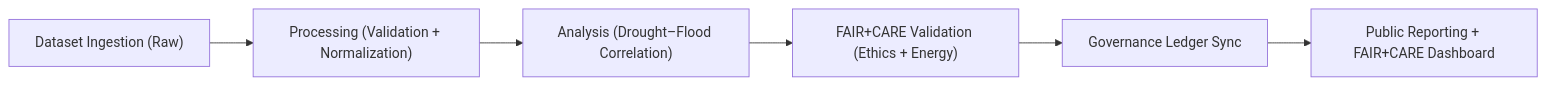
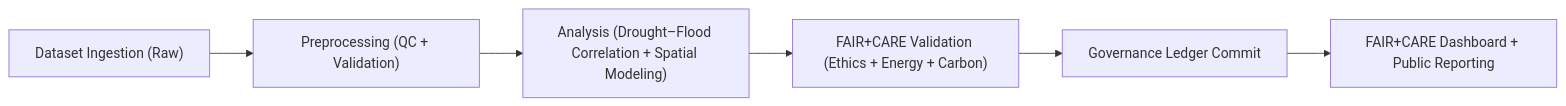
The second of 2 diagrams in docs/analyses/hydrology/README.md (bartytime4life/Kansas-Frontier-Matrix), drawn with Mermaid before and after one commit. The commit also changed other lines of this file, not shown here.

````diff
--- a/docs/analyses/hydrology/README.md
+++ b/docs/analyses/hydrology/README.md
@@ -161,8 +154,8 @@
 ```mermaid
 flowchart LR
-A["Dataset Ingestion (Raw)"] --> B["Processing (Validation + Normalization)"]
-B --> C["Analysis (Drought–Flood Correlation)"]
-C --> D["FAIR+CARE Validation (Ethics + Energy)"]
-D --> E["Governance Ledger Sync"]
-E --> F["Public Reporting + FAIR+CARE Dashboard"]
+  A["Dataset Ingestion (Raw)"] --> B["Preprocessing (QC + Validation)"]
+  B --> C["Analysis (Drought–Flood Correlation + Spatial Modeling)"]
+  C --> D["FAIR+CARE Validation (Ethics + Energy + Carbon)"]
+  D --> E["Governance Ledger Commit"]
+  E --> F["FAIR+CARE Dashboard + Public Reporting"]
 ```
````
